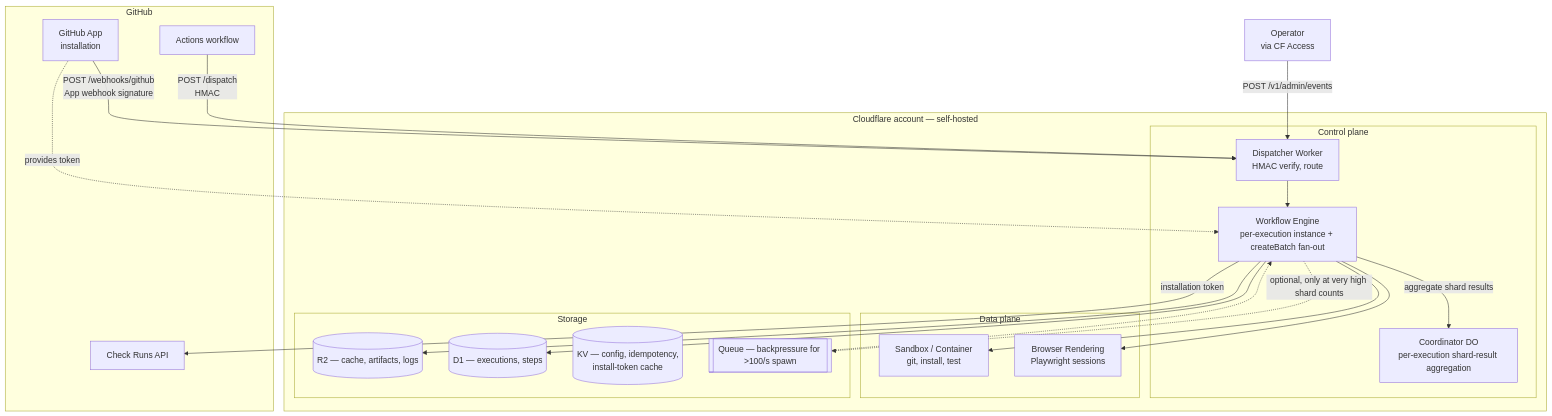
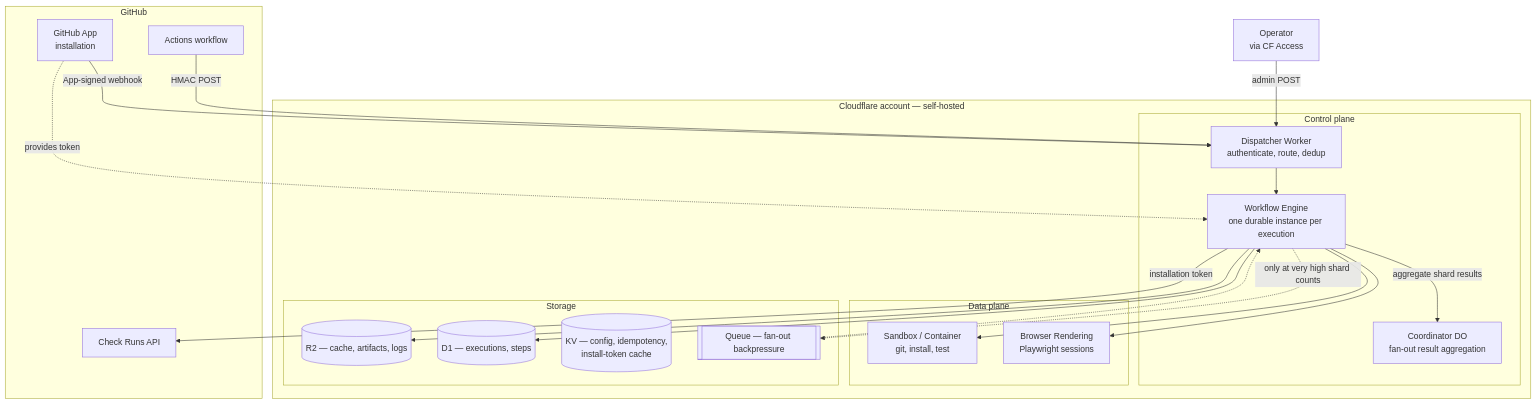
The first of 3 diagrams in specs/01-architecture.md (OpenHackersClub/flare-dispatch), drawn with Mermaid before and after one commit. The commit also changed other lines of this file and 15 other files, not shown here.

First line of the commit message:
docs: restructure architecture, add recipes cookbook and pm/

````diff
--- a/specs/01-architecture.md
+++ b/specs/01-architecture.md
@@ -5,40 +9,40 @@
 ```mermaid
 flowchart TB
   subgraph GH[GitHub]
     GHA[Actions workflow]
     APP[GitHub App<br/>installation]
     CHK[Check Runs API]
   end
 
   subgraph CF[Cloudflare account — self-hosted]
     subgraph CP[Control plane]
-      DSP[Dispatcher Worker<br/>HMAC verify, route]
-      WF[Workflow Engine<br/>per-execution instance + createBatch fan-out]
-      CO[Coordinator DO<br/>per-execution shard-result aggregation]
+      DSP[Dispatcher Worker<br/>authenticate, route, dedup]
+      WF[Workflow Engine<br/>one durable instance per execution]
+      CO[Coordinator DO<br/>fan-out result aggregation]
     end
     subgraph DP[Data plane]
       SB[Sandbox / Container<br/>git, install, test]
       BR[Browser Rendering<br/>Playwright sessions]
     end
     subgraph ST[Storage]
       R2[(R2 — cache, artifacts, logs)]
       D1[(D1 — executions, steps)]
       KV[(KV — config, idempotency,<br/>install-token cache)]
-      Q[[Queue — backpressure for >100/s spawn]]
+      Q[[Queue — fan-out backpressure]]
     end
   end
 
-  GHA -->|POST /dispatch<br/>HMAC| DSP
-  APP -->|POST /webhooks/github<br/>App webhook signature| DSP
-  Admin[Operator<br/>via CF Access] -->|POST /v1/admin/events| DSP
+  GHA -->|HMAC POST| DSP
+  APP -->|App-signed webhook| DSP
+  Admin[Operator<br/>via CF Access] -->|admin POST| DSP
   DSP --> WF
   WF -->|aggregate shard results| CO
   WF --> SB
   WF --> BR
   WF --> R2
   WF --> D1
-  WF -.->|optional, only at very high shard counts| Q
+  WF -.->|only at very high shard counts| Q
   Q -.-> WF
   WF -->|installation token| CHK
   APP -.->|provides token| WF
 ```
````
